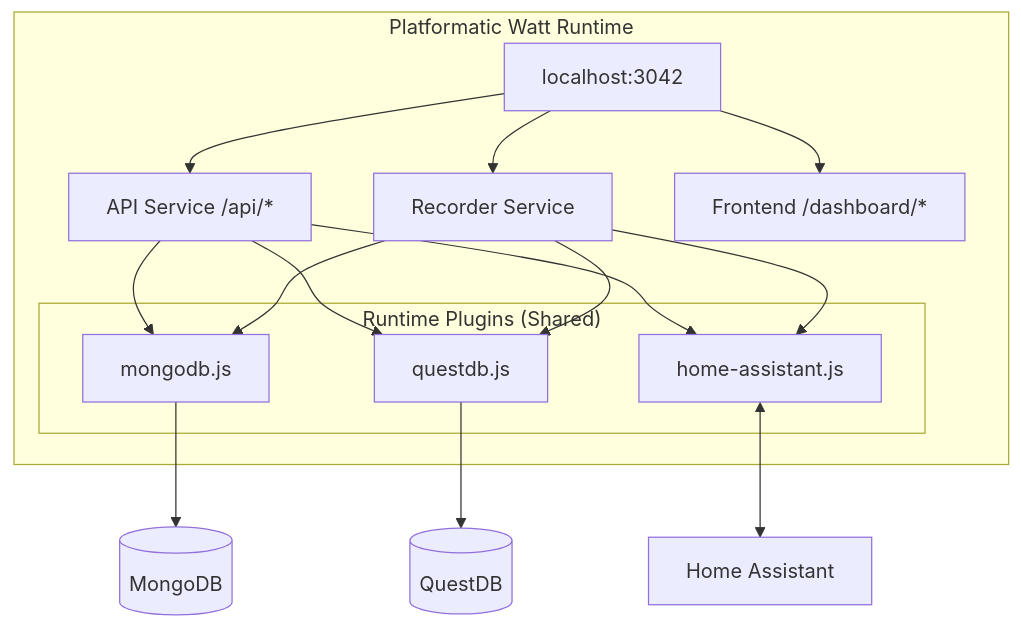
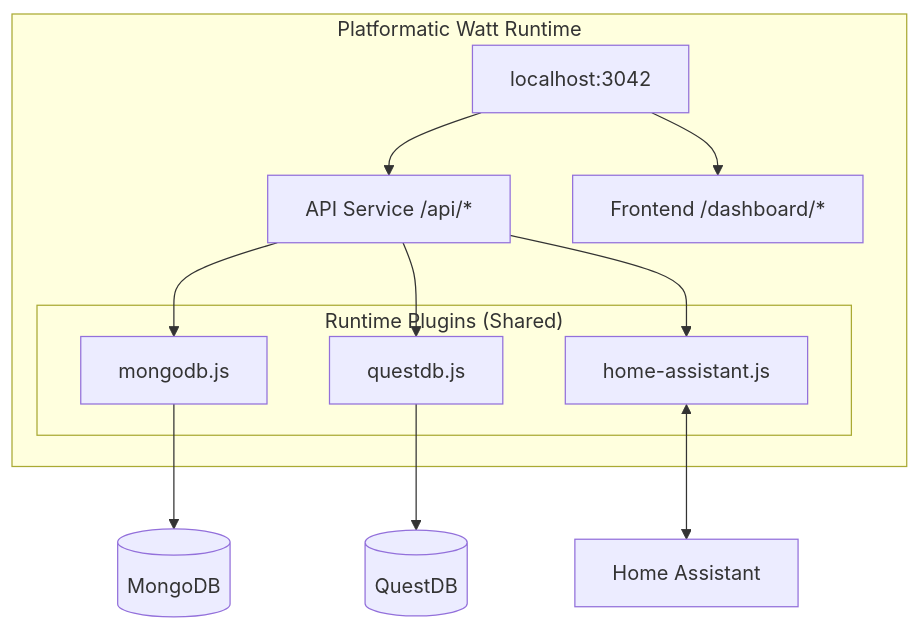
Before and after one commit to teknologist/ha-energy-analytics: the first of 2 diagrams in CLAUDE.md, drawn with Mermaid. The commit also changed other lines of this file and 3 other files, not shown here.

````diff
--- a/CLAUDE.md
+++ b/CLAUDE.md
@@ -32,35 +84,29 @@
 ```mermaid
 flowchart TB
     subgraph Watt["Platformatic Watt Runtime"]
         subgraph RuntimePlugins["Runtime Plugins (Shared)"]
             Mongo["mongodb.js"]
             QDB["questdb.js"]
             HA["home-assistant.js"]
         end
 
         Runtime["localhost:3042"]
         API["API Service /api/*"]
-        Recorder["Recorder Service"]
         Frontend["Frontend /dashboard/*"]
 
         Runtime --> API
-        Runtime --> Recorder
         Runtime --> Frontend
     end
 
     API --> Mongo
     API --> QDB
     API --> HA
-
-    Recorder --> Mongo
-    Recorder --> QDB
-    Recorder --> HA
 
     MongoDB[(MongoDB)]
     QuestDB[(QuestDB)]
     HomeAssistant[Home Assistant]
 
     Mongo --> MongoDB
     QDB --> QuestDB
     HA <--> HomeAssistant
 ```
````
